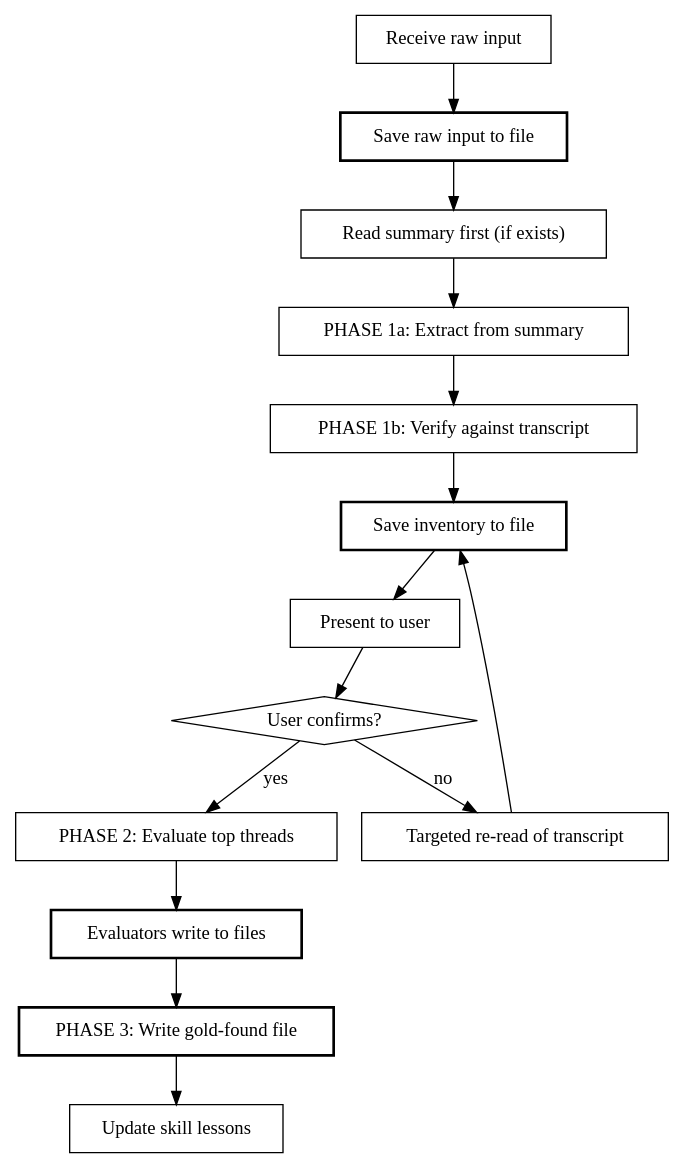
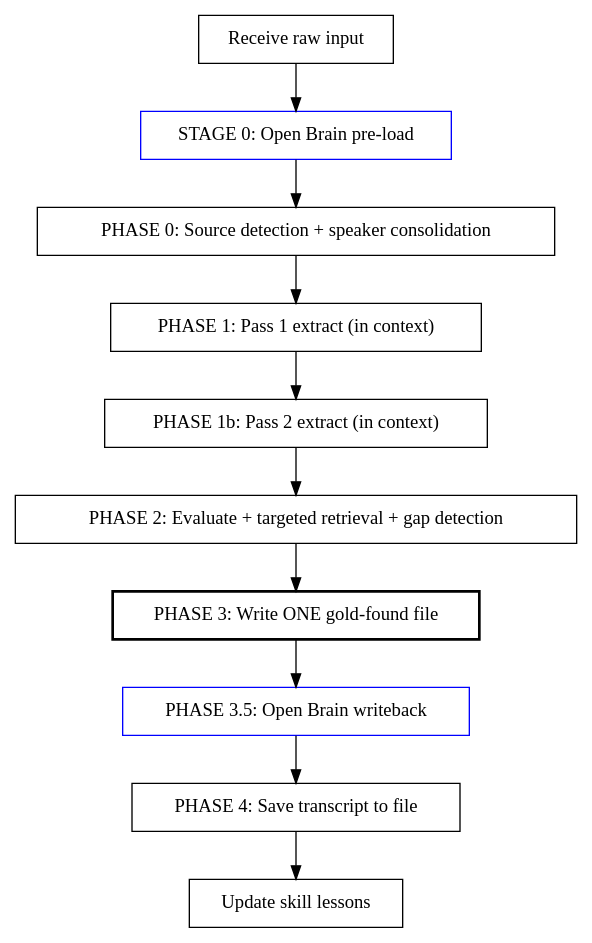
Before and after one commit to NateBJones-Projects/OB1: the diagram in recipes/panning-for-gold/panning-for-gold.skill.md, drawn with Graphviz. The commit also changed other lines of this file and 2 other files, not shown here.

First line of the commit message:
[recipes] panning-for-gold: update to v3.0.0

````diff
--- a/recipes/panning-for-gold/panning-for-gold.skill.md
+++ b/recipes/panning-for-gold/panning-for-gold.skill.md
@@ -40,31 +50,24 @@
 ```dot
 digraph panning {
     "Receive raw input" [shape=box];
-    "Save raw input to file" [shape=box, style=bold];
-    "Read summary first (if exists)" [shape=box];
-    "PHASE 1a: Extract from summary" [shape=box];
-    "PHASE 1b: Verify against transcript" [shape=box];
-    "Save inventory to file" [shape=box, style=bold];
-    "Present to user" [shape=box];
-    "User confirms?" [shape=diamond];
-    "Targeted re-read of transcript" [shape=box];
-    "PHASE 2: Evaluate top threads" [shape=box];
-    "Evaluators write to files" [shape=box, style=bold];
-    "PHASE 3: Write gold-found file" [shape=box, style=bold];
+    "STAGE 0: Open Brain pre-load" [shape=box, color=blue];
+    "PHASE 0: Source detection + speaker consolidation" [shape=box];
+    "PHASE 1: Pass 1 extract (in context)" [shape=box];
+    "PHASE 1b: Pass 2 extract (in context)" [shape=box];
+    "PHASE 2: Evaluate + targeted retrieval + gap detection" [shape=box];
+    "PHASE 3: Write ONE gold-found file" [shape=box, style=bold];
+    "PHASE 3.5: Open Brain writeback" [shape=box, color=blue];
+    "PHASE 4: Save transcript to file" [shape=box];
     "Update skill lessons" [shape=box];
 
-    "Receive raw input" -> "Save raw input to file";
-    "Save raw input to file" -> "Read summary first (if exists)";
-    "Read summary first (if exists)" -> "PHASE 1a: Extract from summary";
-    "PHASE 1a: Extract from summary" -> "PHASE 1b: Verify against transcript";
-    "PHASE 1b: Verify against transcript" -> "Save inventory to file";
-    "Save inventory to file" -> "Present to user";
-    "Present to user" -> "User confirms?";
-    "User confirms?" -> "PHASE 2: Evaluate top threads" [label="yes"];
-    "User confirms?" -> "Targeted re-read of transcript" [label="no"];
-    "Targeted re-read of transcript" -> "Save inventory to file";
-    "PHASE 2: Evaluate top threads" -> "Evaluators write to files";
-    "Evaluators write to files" -> "PHASE 3: Write gold-found file";
-    "PHASE 3: Write gold-found file" -> "Update skill lessons";
+    "Receive raw input" -> "STAGE 0: Open Brain pre-load";
+    "STAGE 0: Open Brain pre-load" -> "PHASE 0: Source detection + speaker consolidation";
+    "PHASE 0: Source detection + speaker consolidation" -> "PHASE 1: Pass 1 extract (in context)";
+    "PHASE 1: Pass 1 extract (in context)" -> "PHASE 1b: Pass 2 extract (in context)";
+    "PHASE 1b: Pass 2 extract (in context)" -> "PHASE 2: Evaluate + targeted retrieval + gap detection";
+    "PHASE 2: Evaluate + targeted retrieval + gap detection" -> "PHASE 3: Write ONE gold-found file";
+    "PHASE 3: Write ONE gold-found file" -> "PHASE 3.5: Open Brain writeback";
+    "PHASE 3.5: Open Brain writeback" -> "PHASE 4: Save transcript to file";
+    "PHASE 4: Save transcript to file" -> "Update skill lessons";
 }
 ```
````
